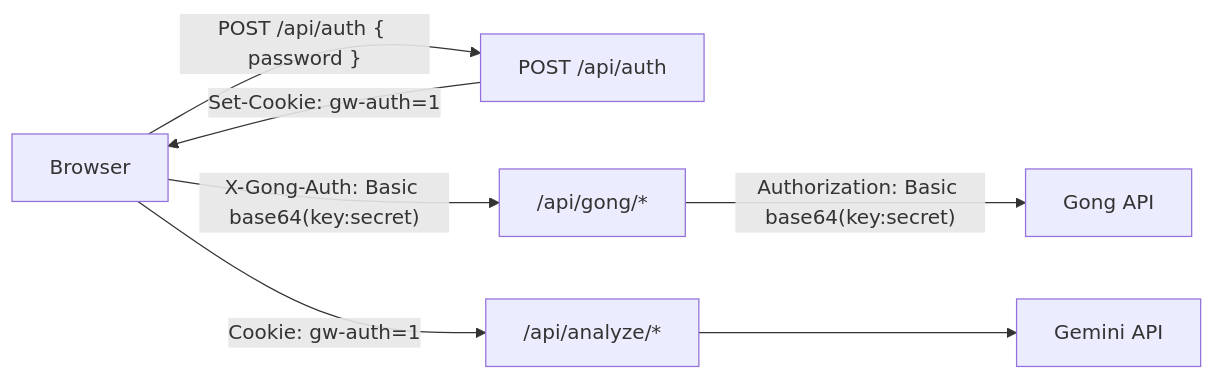
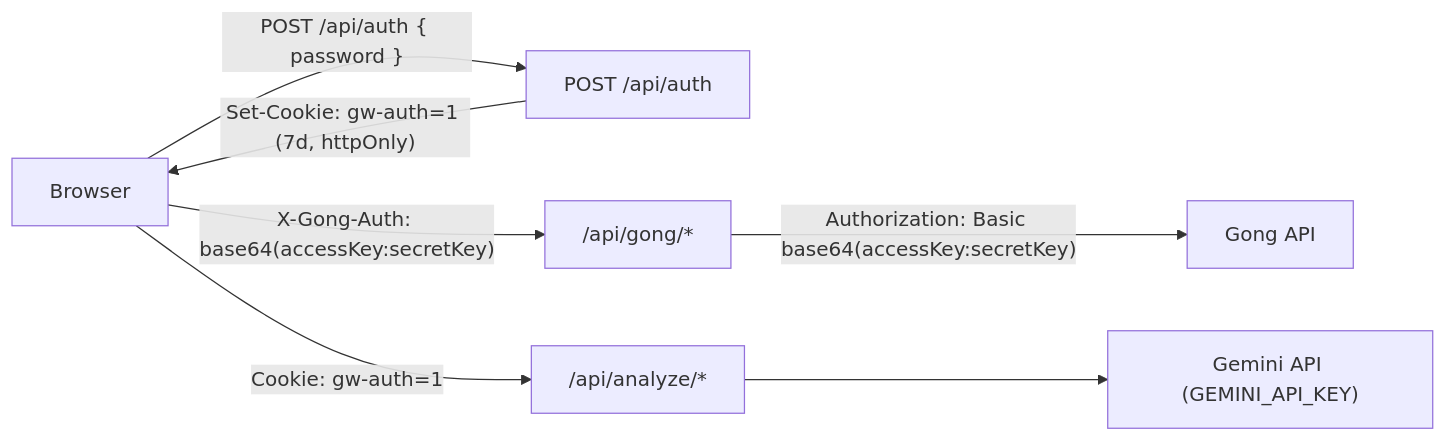
One commit to forrestmill-cmd/gongwizard changed the first of 2 diagrams in docs/generated/api-routes.md. Above: the diagram before and after it, drawn with Mermaid. The commit also changed other lines of this file and 9 other files, not shown here.

````diff
--- a/docs/generated/api-routes.md
+++ b/docs/generated/api-routes.md
@@ -25,9 +55,9 @@
 ```mermaid
 flowchart LR
     Browser -->|"POST /api/auth { password }"| AuthRoute["POST /api/auth"]
-    AuthRoute -->|"Set-Cookie: gw-auth=1"| Browser
-    Browser -->|"X-Gong-Auth: Basic base64(key:secret)"| GongProxy["/api/gong/*"]
-    GongProxy -->|"Authorization: Basic base64(key:secret)"| GongAPI["Gong API"]
+    AuthRoute -->|"Set-Cookie: gw-auth=1 (7d, httpOnly)"| Browser
+    Browser -->|"X-Gong-Auth: base64(accessKey:secretKey)"| GongProxy["/api/gong/*"]
+    GongProxy -->|"Authorization: Basic base64(accessKey:secretKey)"| GongAPI["Gong API"]
     Browser -->|"Cookie: gw-auth=1"| AnalyzeRoutes["/api/analyze/*"]
-    AnalyzeRoutes --> AIProvider["Gemini API"]
+    AnalyzeRoutes --> Gemini["Gemini API (GEMINI_API_KEY)"]
 ```
````
